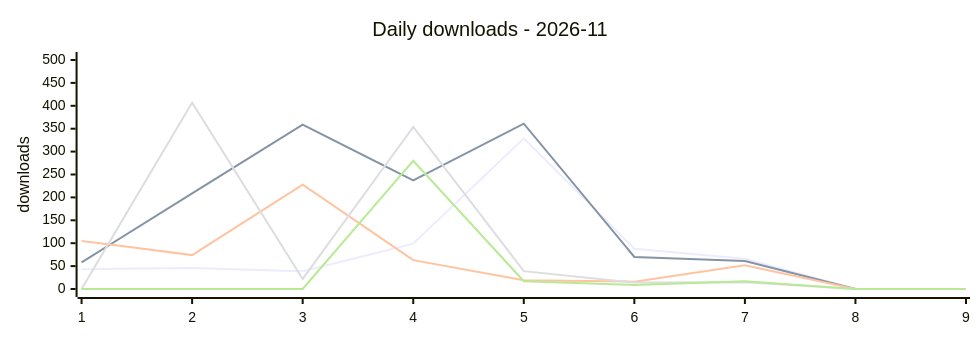
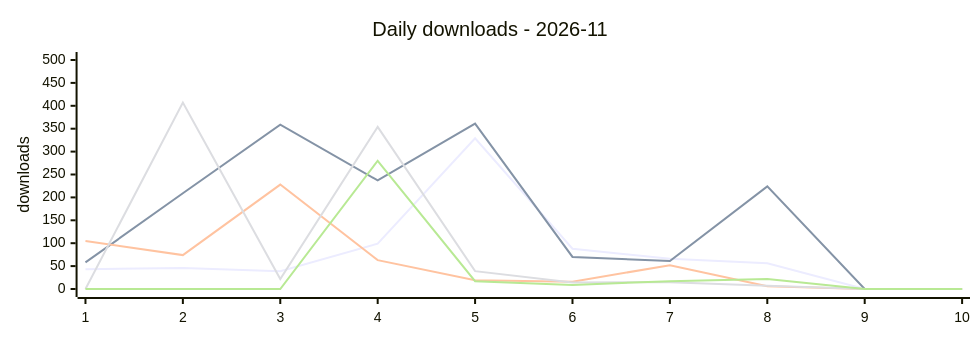
One commit to terry2010/npm-downloads-tracker changed the first of 2 diagrams in DASHBOARD.md. Above: the diagram before and after it, drawn with Mermaid. The commit also changed other lines of this file and 1 other file, not shown here.

````diff
--- a/DASHBOARD.md
+++ b/DASHBOARD.md
@@ -25,12 +25,12 @@
 ```mermaid
 %%{init: {'xyChart': {'width': 960, 'height': 320}}}%%
 xychart-beta
     title "Daily downloads - 2026-11"
-    x-axis ["1", "2", "3", "4", "5", "6", "7", "8", "9"]
+    x-axis ["1", "2", "3", "4", "5", "6", "7", "8", "9", "10"]
     y-axis "downloads" 0 --> 500
-    line "dsh-loop-recover" [43, 46, 39, 99, 329, 88, 66, 0, 0]
-    line "dsh-rss-news-daily" [58, 209, 359, 237, 361, 70, 61, 0, 0]
-    line "opencode-loop-recover" [105, 74, 228, 63, 19, 16, 52, 0, 0]
-    line "oc-market-quail-zephyr-72a0" [0, 407, 22, 354, 39, 14, 15, 0, 0]
-    line "awesome-opencode-market" [0, 0, 0, 280, 17, 9, 17, 0, 0]
+    line "dsh-loop-recover" [43, 46, 39, 99, 329, 88, 66, 56, 0, 0]
+    line "dsh-rss-news-daily" [58, 209, 359, 237, 361, 70, 61, 224, 0, 0]
+    line "opencode-loop-recover" [105, 74, 228, 63, 19, 16, 52, 6, 0, 0]
+    line "oc-market-quail-zephyr-72a0" [0, 407, 22, 354, 39, 14, 15, 7, 0, 0]
+    line "awesome-opencode-market" [0, 0, 0, 280, 17, 9, 17, 22, 0, 0]
 ```
````
